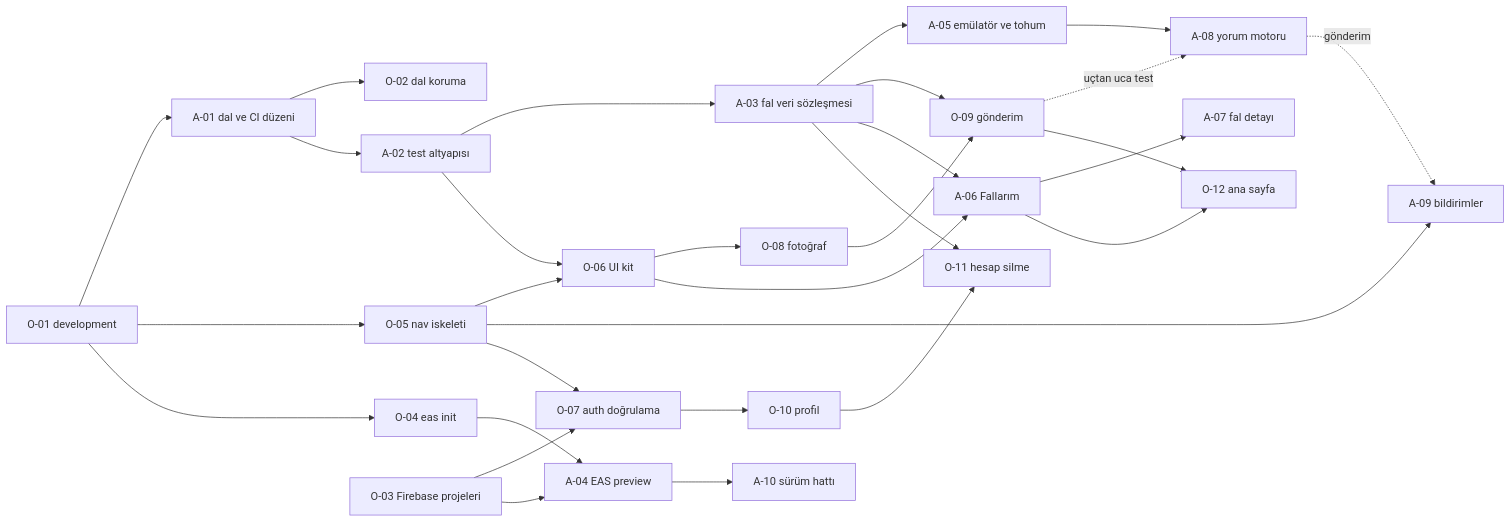
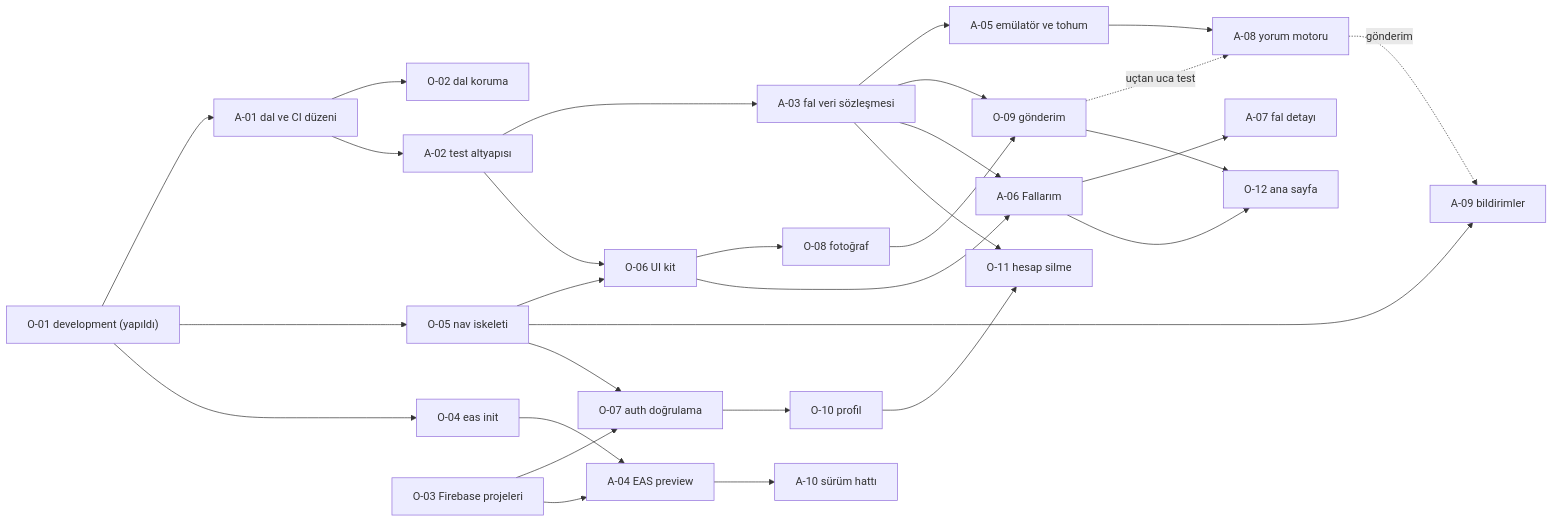
One commit to omerfekrem/fallavi-app changed the diagram in docs/IS_PLANI.md. Above: the diagram before and after it, drawn with Mermaid. The commit also changed other lines of this file and 1 other file, not shown here.

````diff
--- a/docs/IS_PLANI.md
+++ b/docs/IS_PLANI.md
@@ -366,32 +366,32 @@
 ```mermaid
 flowchart LR
-  O01["O-01 development"] --> A01["A-01 dal ve CI düzeni"]
+  O01["O-01 development (yapıldı)"] --> A01["A-01 dal ve CI düzeni"]
   A01 --> O02["O-02 dal koruma"]
   A01 --> A02["A-02 test altyapısı"]
   O01 --> O05["O-05 nav iskeleti"]
   O01 --> O04["O-04 eas init"]
   O03["O-03 Firebase projeleri"] --> O07["O-07 auth doğrulama"]
   O03 --> A04["A-04 EAS preview"]
   O04 --> A04
   A02 --> A03["A-03 fal veri sözleşmesi"]
   A03 --> A05["A-05 emülatör ve tohum"]
   O05 --> O06["O-06 UI kit"]
   O06 --> O08["O-08 fotoğraf"]
   O08 --> O09["O-09 gönderim"]
   A03 --> O09
   A03 --> A06["A-06 Fallarım"]
   O06 --> A06
   A06 --> A07["A-07 fal detayı"]
   A05 --> A08["A-08 yorum motoru"]
   O09 -. uçtan uca test .-> A08
   O05 --> A09["A-09 bildirimler"]
   A08 -. gönderim .-> A09
   A02 --> O06
   O05 --> O07
   O07 --> O10["O-10 profil"]
   O10 --> O11["O-11 hesap silme"]
   A03 --> O11
   O09 --> O12["O-12 ana sayfa"]
   A06 --> O12
   A04 --> A10["A-10 sürüm hattı"]
 ```
````
